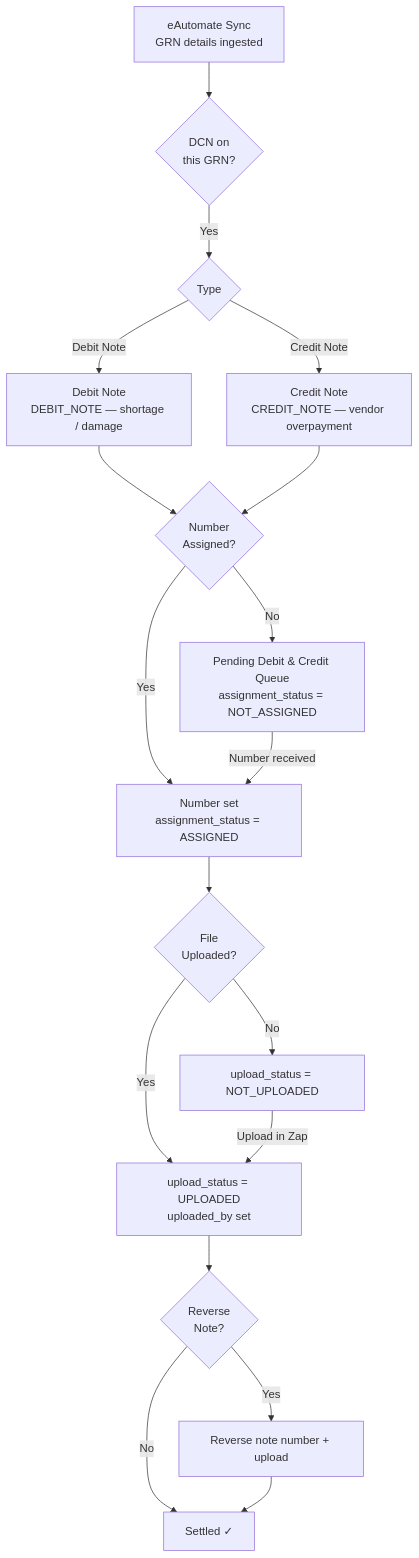
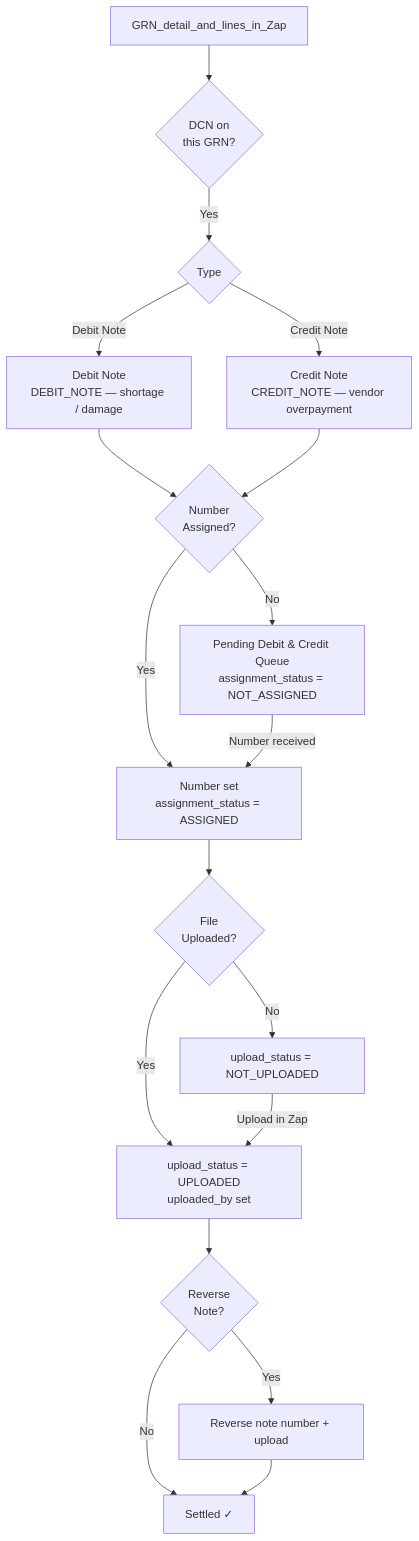
The third of 3 diagrams in docs/inbound-grn-debit-credit-note-flows.md (mohittambi/zap), drawn with Mermaid before and after one commit. The commit also changed other lines of this file and 22 other files, not shown here.

````diff
--- a/docs/inbound-grn-debit-credit-note-flows.md
+++ b/docs/inbound-grn-debit-credit-note-flows.md
@@ -98,39 +116,38 @@
 ```mermaid
 flowchart TD
-    EA_SYNC["eAutomate Sync
-GRN details ingested"] --> NOTE_EXISTS{DCN on
+    ZGRN_DETAIL["GRN_detail_and_lines_in_Zap"] --> NOTE_EXISTS{DCN on
 this GRN?}
 
     NOTE_EXISTS -->|Yes| NOTE_TYPE{Type}
 
-    NOTE_TYPE -->|Debit Note| DN_EA["Debit Note
+    NOTE_TYPE -->|Debit Note| DN_GRN["Debit Note
 DEBIT_NOTE — shortage / damage"]
-    NOTE_TYPE -->|Credit Note| CN_EA["Credit Note
+    NOTE_TYPE -->|Credit Note| CN_GRN["Credit Note
 CREDIT_NOTE — vendor overpayment"]
 
-    DN_EA --> NUM_ASSIGN{Number
+    DN_GRN --> NUM_ASSIGN{Number
 Assigned?}
-    CN_EA --> NUM_ASSIGN
+    CN_GRN --> NUM_ASSIGN
 
     NUM_ASSIGN -->|No| PENDING_DC["Pending Debit & Credit Queue
 assignment_status = NOT_ASSIGNED"]
     NUM_ASSIGN -->|Yes| NUM_ASSIGNED["Number set
 assignment_status = ASSIGNED"]
 
     PENDING_DC -->|Number received| NUM_ASSIGNED
 
     NUM_ASSIGNED --> UPLOAD{File
 Uploaded?}
 
     UPLOAD -->|No| NOT_UPLOADED["upload_status = NOT_UPLOADED"]
     UPLOAD -->|Yes| UPLOADED["upload_status = UPLOADED
 uploaded_by set"]
 
     NOT_UPLOADED -->|Upload in Zap| UPLOADED
 
     UPLOADED --> REVERSE{Reverse
 Note?}
     REVERSE -->|Yes| REV_NOTE["Reverse note number + upload"]
     REVERSE -->|No| SETTLED["Settled ✓"]
     REV_NOTE --> SETTLED
 ```
````
